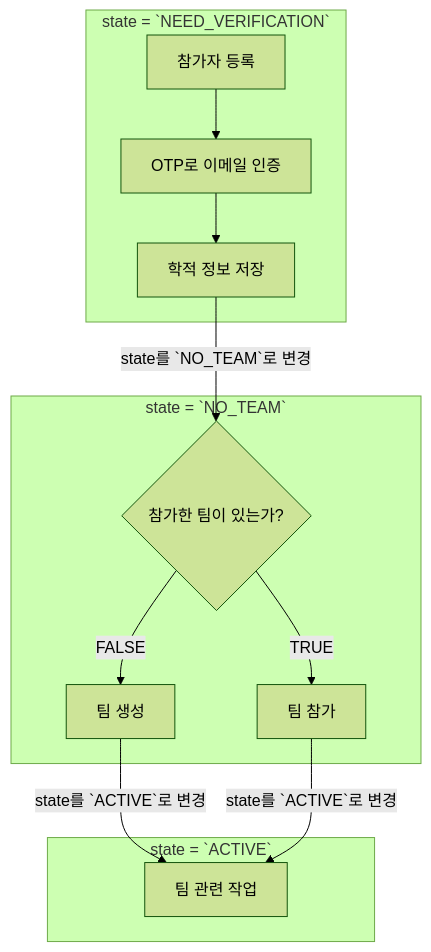
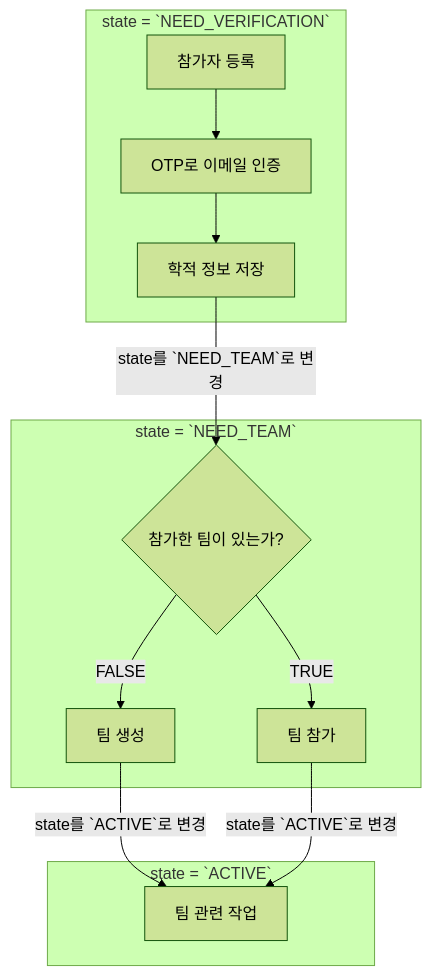
The diagram in docs/register-flowchart.md (khu-khlug/khuthon-backend), drawn with Mermaid (forest theme) before and after one commit. The commit also changed 5 other files, not shown here.

````diff
--- a/docs/register-flowchart.md
+++ b/docs/register-flowchart.md
@@ -5,26 +5,26 @@
 ```mermaid
 flowchart TB
   subgraph "state = `NEED_VERIFICATION`"
   create-member["참가자 등록"]
   email-verify["OTP로 이메일 인증"]
   input-student-info["학적 정보 저장"]
   end
 
-  subgraph "state = `NO_TEAM`"
+  subgraph "state = `NEED_TEAM`"
   has-team{"참가한 팀이 있는가?"}
   create-team["팀 생성"]
   participate-team["팀 참가"]
   end
 
   subgraph "state = `ACTIVE`"
   team-works["팀 관련 작업"]
   end
 
   create-member-->email-verify
   email-verify-->input-student-info
-  input-student-info-->|"state를 `NO_TEAM`로 변경"|has-team
+  input-student-info-->|"state를 `NEED_TEAM`로 변경"|has-team
   has-team-->|"FALSE"|create-team
   create-team-->|"state를 `ACTIVE`로 변경"|team-works
   has-team-->|"TRUE"|participate-team
   participate-team-->|"state를 `ACTIVE`로 변경"|team-works
 ```
````
